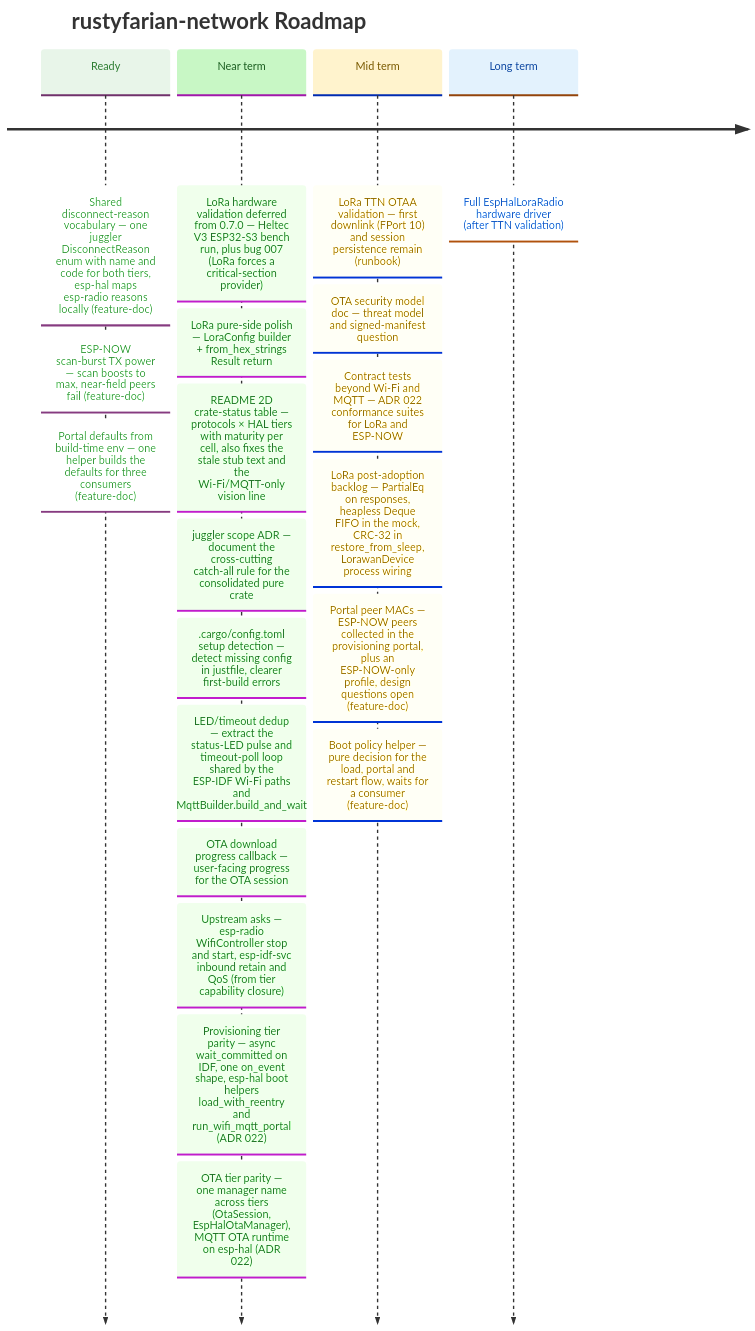
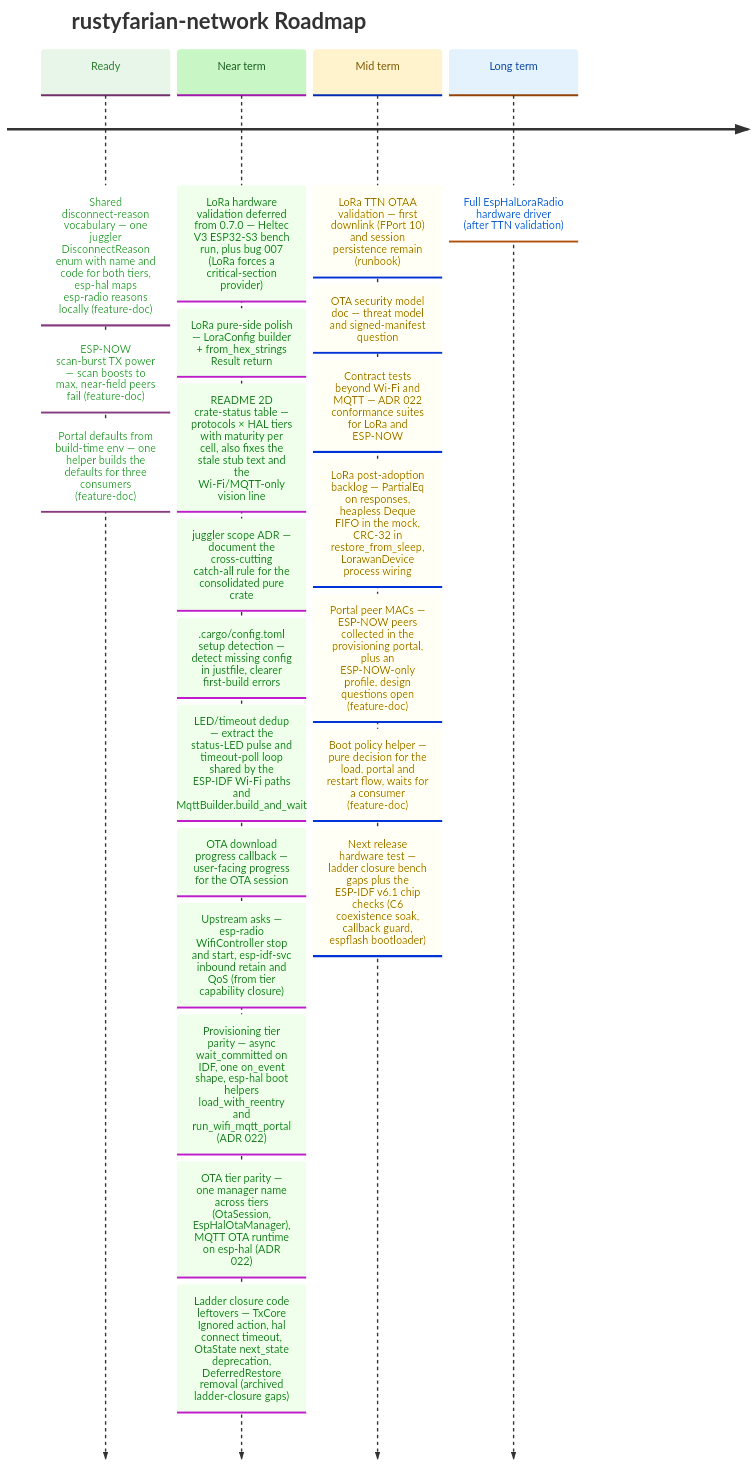
One commit to datenkollektiv/rustyfarian-network changed the diagram in docs/ROADMAP.md. Above: the diagram before and after it, drawn with Mermaid. The commit also changed other lines of this file and 7 other files, not shown here.

First line of the commit message:
Close the ESP-IDF v6.1 move

````diff
--- a/docs/ROADMAP.md
+++ b/docs/ROADMAP.md
@@ -15,41 +16,43 @@
 ```mermaid
 %%{init: {
   "theme": "base",
   "themeVariables": {
     "cScale0": "#e8f5e9",
     "cScaleLabel0": "#2e7d32",
     "cScale1": "#c8f7c5",
     "cScaleLabel1": "#1b5e20",
     "cScale2": "#fff3cd",
     "cScaleLabel2": "#7a5a00",
     "cScale3": "#e3f2fd",
     "cScaleLabel3": "#0d47a1"
   }
 }}%%
 
 timeline
     title rustyfarian-network Roadmap
 
     Ready     : Shared disconnect-reason vocabulary — one juggler DisconnectReason enum with name and code for both tiers, esp-hal maps esp-radio reasons locally (feature-doc)
               : ESP-NOW scan-burst TX power — scan boosts to max, near-field peers fail (feature-doc)
               : Portal defaults from build-time env — one helper builds the defaults for three consumers (feature-doc)
     Near term : LoRa hardware validation deferred from 0.7.0 — Heltec V3 ESP32-S3 bench run, plus bug 007 (LoRa forces a critical-section provider)
               : LoRa pure-side polish — LoraConfig builder + from_hex_strings Result return
               : README 2D crate-status table — protocols × HAL tiers with maturity per cell, also fixes the stale stub text and the Wi-Fi/MQTT-only vision line
               : juggler scope ADR — document the cross-cutting catch-all rule for the consolidated pure crate
               : .cargo/config.toml setup detection — detect missing config in justfile, clearer first-build errors
               : LED/timeout dedup — extract the status-LED pulse and timeout-poll loop shared by the ESP-IDF Wi-Fi paths and MqttBuilder.build_and_wait
               : OTA download progress callback — user-facing progress for the OTA session
               : Upstream asks — esp-radio WifiController stop and start, esp-idf-svc inbound retain and QoS (from tier capability closure)
               : Provisioning tier parity — async wait_committed on IDF, one on_event shape, esp-hal boot helpers load_with_reentry and run_wifi_mqtt_portal (ADR 022)
               : OTA tier parity — one manager name across tiers (OtaSession, EspHalOtaManager), MQTT OTA runtime on esp-hal (ADR 022)
+              : Ladder closure code leftovers — TxCore Ignored action, hal connect timeout, OtaState next_state deprecation, DeferredRestore removal (archived ladder-closure gaps)
 
     Mid term  : LoRa TTN OTAA validation — first downlink (FPort 10) and session persistence remain (runbook)
               : OTA security model doc — threat model and signed-manifest question
               : Contract tests beyond Wi-Fi and MQTT — ADR 022 conformance suites for LoRa and ESP-NOW
               : LoRa post-adoption backlog — PartialEq on responses, heapless Deque FIFO in the mock, CRC-32 in restore_from_sleep, LorawanDevice process wiring
               : Portal peer MACs — ESP-NOW peers collected in the provisioning portal, plus an ESP-NOW-only profile, design questions open (feature-doc)
               : Boot policy helper — pure decision for the load, portal and restart flow, waits for a consumer (feature-doc)
+              : Next release hardware test — ladder closure bench gaps plus the ESP-IDF v6.1 chip checks (C6 coexistence soak, callback guard, espflash bootloader)
 
     Long term : Full EspHalLoraRadio hardware driver (after TTN validation)
 ```
````
